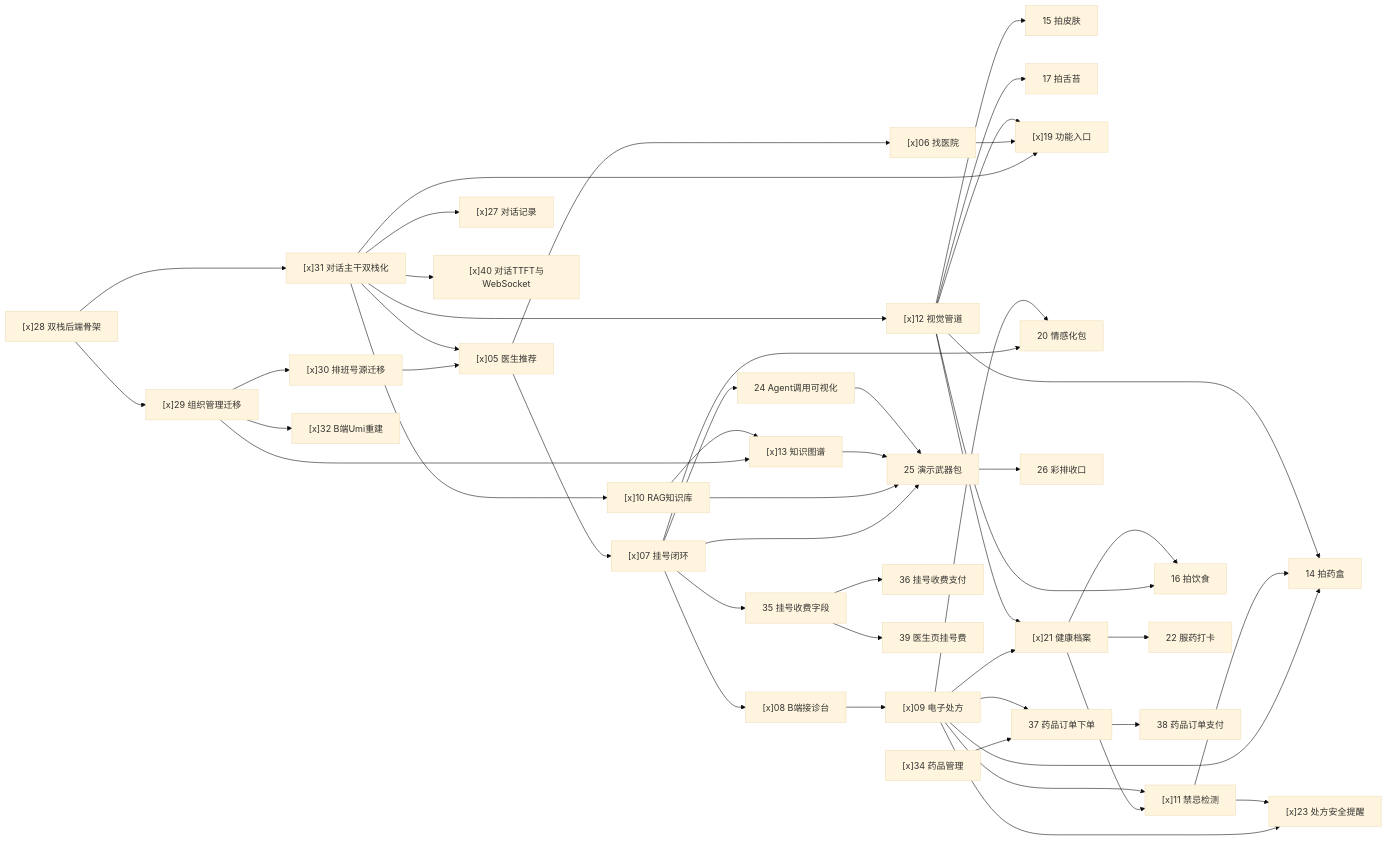
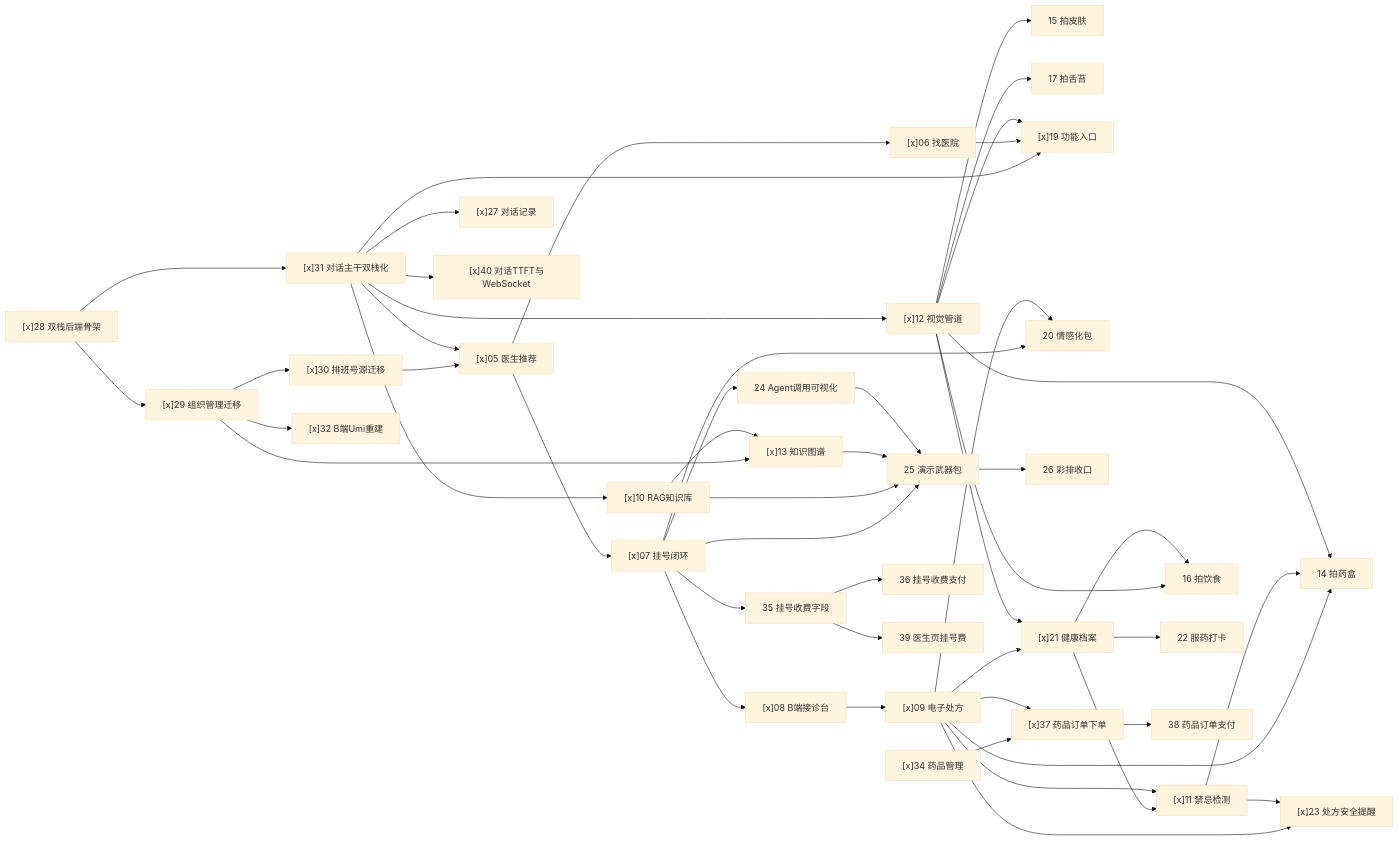
Before and after one commit to ILoveFurina/zhiyu-health: the diagram in README.md, drawn with Mermaid (base theme). The commit also changed 28 other files, not shown here.

```diff
--- a/README.md
+++ b/README.md
@@ -53,7 +53,7 @@
     T34["[x]34 药品管理"]
     T35["35 挂号收费字段"]
     T36["36 挂号收费支付"]
-    T37["37 药品订单下单"]
+    T37["[x]37 药品订单下单"]
     T38["38 药品订单支付"]
     T39["39 医生页挂号费"]
     T40["[x]40 对话TTFT与WebSocket"]
```
